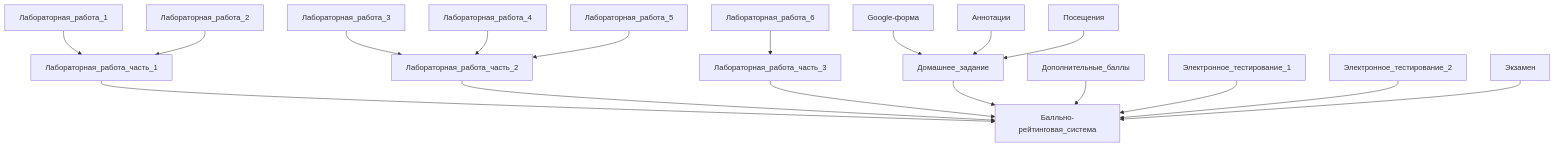
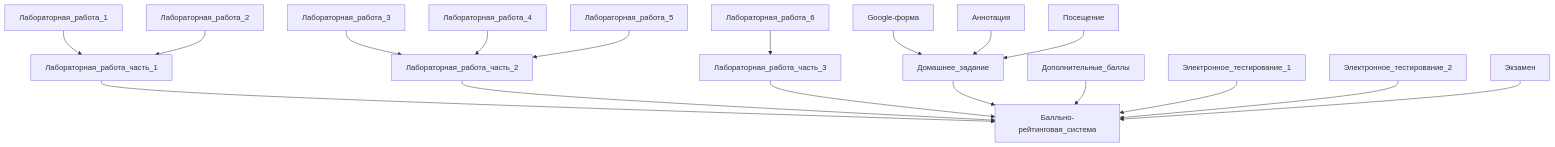
Before and after one commit to Steralka/ITMO: the diagram in 1 Семестр/Информатика/README.md, drawn with Mermaid. The commit also changed other lines of this file, not shown here.

````diff
--- a/1 Семестр/Информатика/README.md
+++ b/1 Семестр/Информатика/README.md
@@ -39,20 +39,24 @@
 ```mermaid
 graph TD;
-    Лабораторная_работа_1-->Лабораторная_работа_часть_1;
-    Лабораторная_работа_2-->Лабораторная_работа_часть_1;
-    Лабораторная_работа_3-->Лабораторная_работа_часть_2;
-    Лабораторная_работа_4-->Лабораторная_работа_часть_2;
-    Лабораторная_работа_5-->Лабораторная_работа_часть_2;
-    Лабораторная_работа_6-->Лабораторная_работа_часть_3;
-    Google-форма-->Домашнее_задание;
-    Аннотации-->Домашнее_задание;
-    Посещения-->Домашнее_задание;
-    Лабораторная_работа_часть_1-->Балльно-рейтинговая_система;
-    Лабораторная_работа_часть_2-->Балльно-рейтинговая_система;
-    Лабораторная_работа_часть_3-->Балльно-рейтинговая_система;
-    Домашнее_задание-->Балльно-рейтинговая_система;
-    Дополнительные_баллы-->Балльно-рейтинговая_система;
-    Электронное_тестирование_1-->Балльно-рейтинговая_система;
-    Электронное_тестирование_2-->Балльно-рейтинговая_система;
+Лабораторная_работа_1-->Лабораторная_работа_часть_1;
+Лабораторная_работа_2-->Лабораторная_работа_часть_1;
+Лабораторная_работа_3-->Лабораторная_работа_часть_2;
+
+Лабораторная_работа_4-->Лабораторная_работа_часть_2;
+Лабораторная_работа_5-->Лабораторная_работа_часть_2;
+
+Лабораторная_работа_6-->Лабораторная_работа_часть_3;
+
+Google-форма-->Домашнее_задание;
+Аннотация-->Домашнее_задание;
+Посещение-->Домашнее_задание;
+
+Лабораторная_работа_часть_1-->Балльно-рейтинговая_система;
+Лабораторная_работа_часть_2-->Балльно-рейтинговая_система;
+Лабораторная_работа_часть_3-->Балльно-рейтинговая_система;
+Домашнее_задание-->Балльно-рейтинговая_система;
+Дополнительные_баллы-->Балльно-рейтинговая_система;
+Электронное_тестирование_1-->Балльно-рейтинговая_система;
+Электронное_тестирование_2-->Балльно-рейтинговая_система;
 Экзамен-->Балльно-рейтинговая_система;
 ```
````
